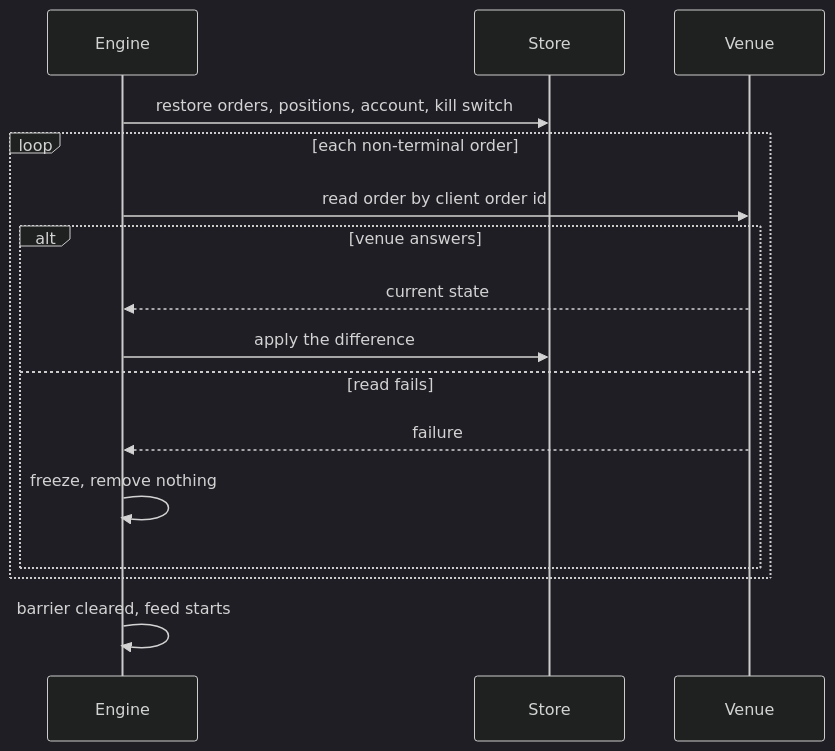
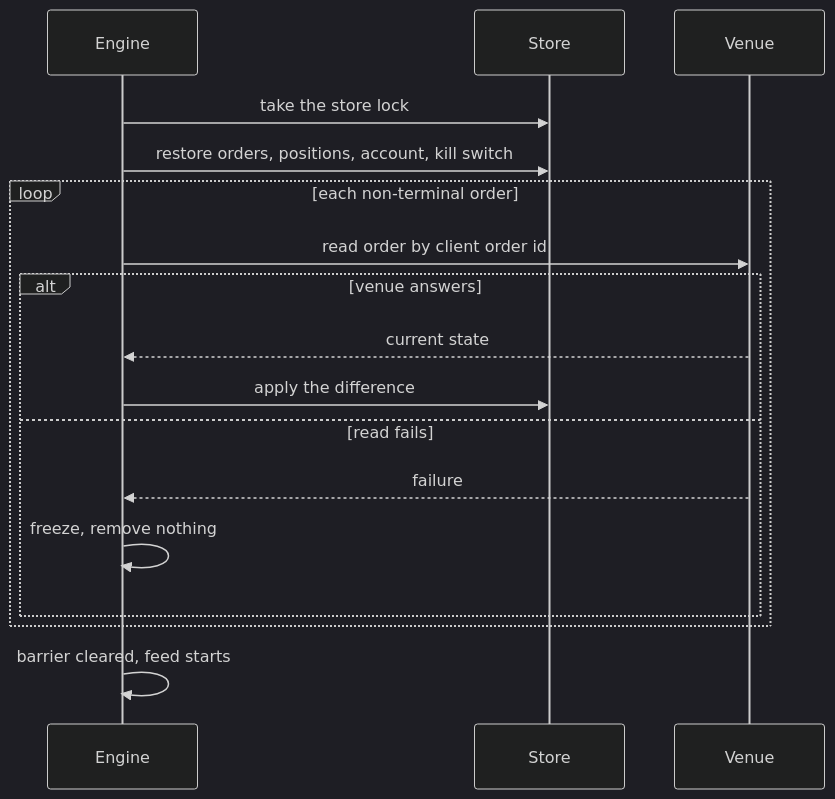
One commit to MarcosACH/tickwright changed the third of 4 diagrams in README.md. Above: the diagram before and after it, drawn with Mermaid (dark theme). The commit also changed other lines of this file and 1 other file, not shown here.

Commit message:
docs: say that one engine owns a store at a time

````diff
--- a/README.md
+++ b/README.md
@@ -130,18 +130,19 @@
 ```mermaid
 sequenceDiagram
     participant E as Engine
     participant S as Store
     participant V as Venue
+    E->>S: take the store lock
     E->>S: restore orders, positions, account, kill switch
     loop each non-terminal order
         E->>V: read order by client order id
         alt venue answers
             V-->>E: current state
             E->>S: apply the difference
         else read fails
             V-->>E: failure
             E->>E: freeze, remove nothing
         end
     end
     E->>E: barrier cleared, feed starts
 ```
````
